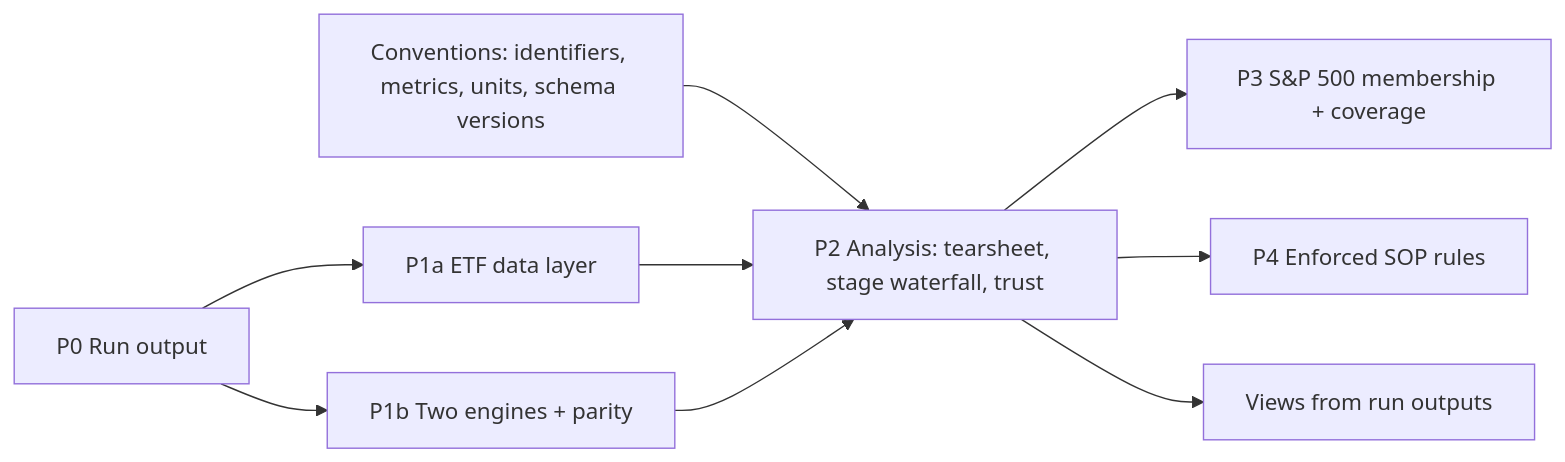
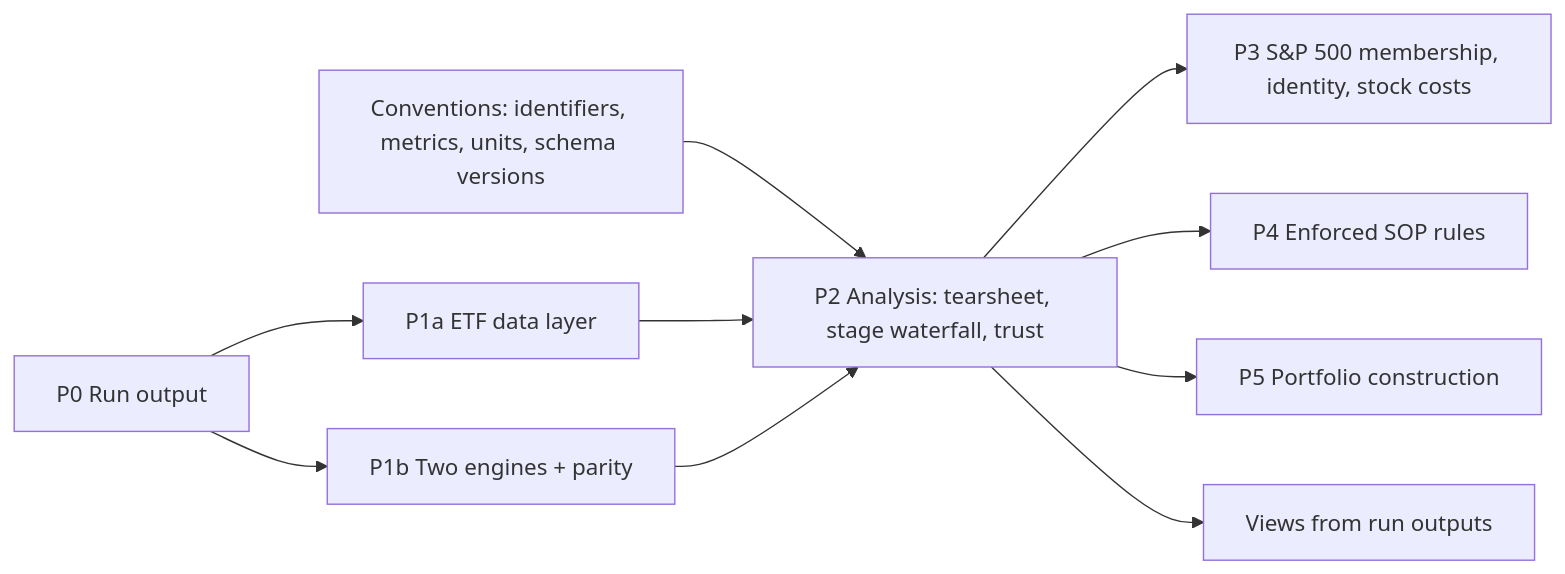
Before and after one commit to kenfuliang/quant-trading-lab: the second of 2 diagrams in docs/roadmap.md, drawn with Mermaid. The commit also changed other lines of this file and 24 other files, not shown here.

````diff
--- a/docs/roadmap.md
+++ b/docs/roadmap.md
@@ -28,11 +28,12 @@
 ```mermaid
 flowchart LR
     P0[P0 Run output] --> P1a[P1a ETF data layer]
     P0 --> P1b[P1b Two engines + parity]
     CV[Conventions: identifiers, metrics, units, schema versions] --> P2
     P1a --> P2[P2 Analysis: tearsheet, stage waterfall, trust]
     P1b --> P2
-    P2 --> P3[P3 S&P 500 membership + coverage]
+    P2 --> P3[P3 S&P 500 membership, identity, stock costs]
     P2 --> P4[P4 Enforced SOP rules]
+    P2 --> P5[P5 Portfolio construction]
     P2 --> V[Views from run outputs]
 ```
````
